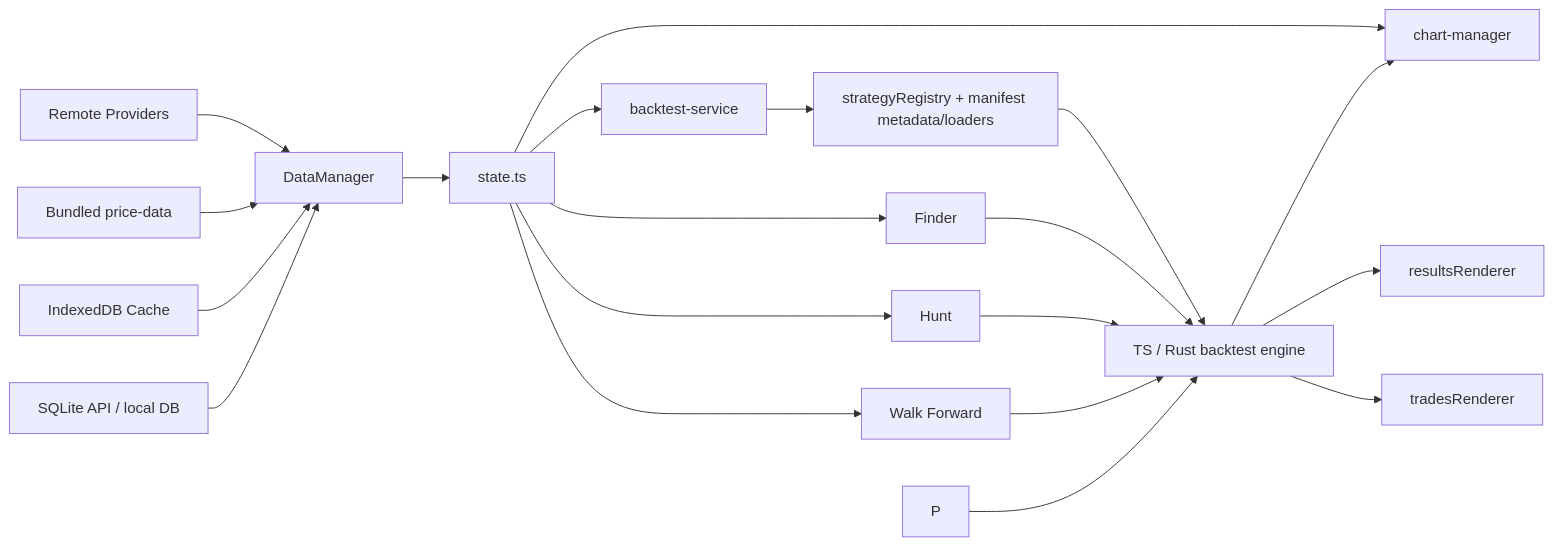
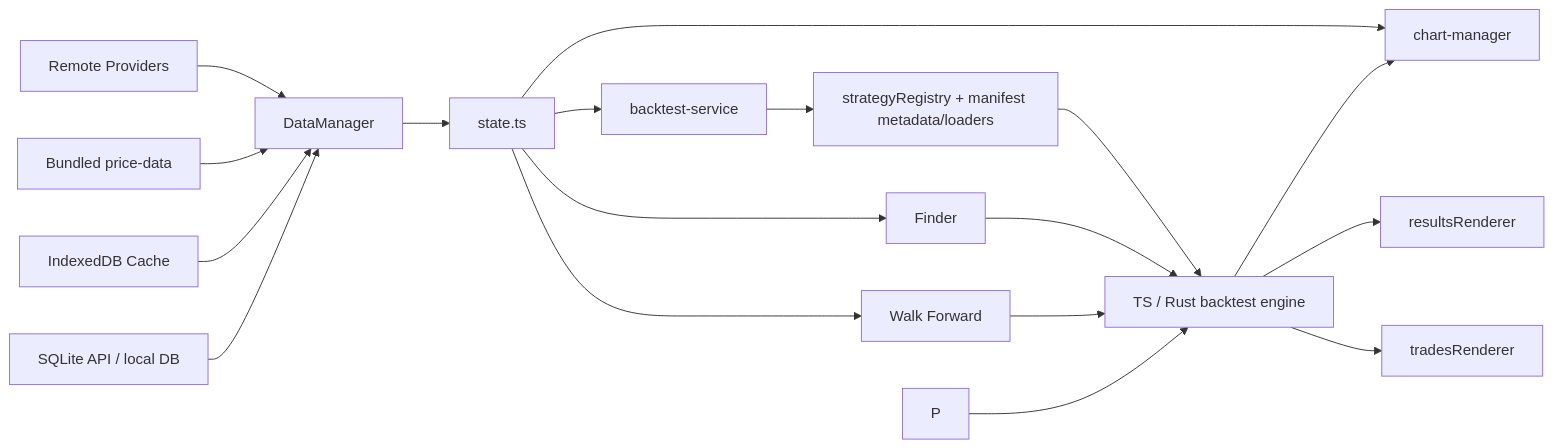
One commit to ocim128/Strategies-Finder changed the diagram in README.md. Above: the diagram before and after it, drawn with Mermaid. The commit also changed other lines of this file and 23 other files, not shown here.

````diff
--- a/README.md
+++ b/README.md
@@ -104,30 +103,28 @@
 ```mermaid
 flowchart LR
     A[Remote Providers]
     B[Bundled price-data]
     C[IndexedDB Cache]
     D[SQLite API / local DB]
 
     A --> E[DataManager]
     B --> E
     C --> E
     D --> E
 
     E --> F[state.ts]
     F --> G[chart-manager]
     F --> H[backtest-service]
 
     H --> I[strategyRegistry + manifest metadata/loaders]
     I --> J[TS / Rust backtest engine]
     J --> K[resultsRenderer]
     J --> L[tradesRenderer]
     J --> G
 
     F --> M[Finder]
-    F --> N[Hunt]
     F --> O[Walk Forward]
     M --> J
-    N --> J
     O --> J
     P --> J
 ```
````
